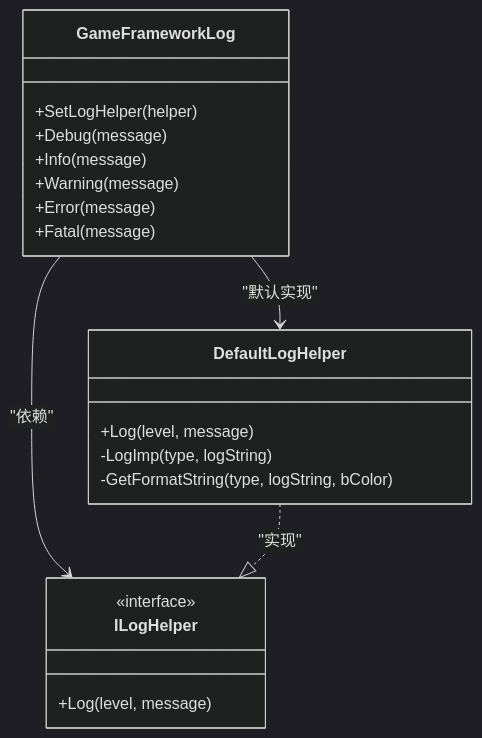
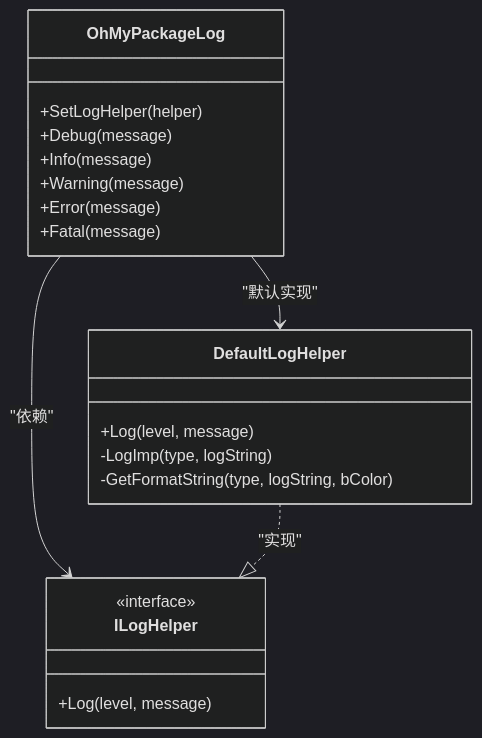
The second of 8 diagrams in repowiki/zh/content/性能优化/调试器工具/控制台日志系统.md (OxygenIsland/MyGame), drawn with Mermaid (dark theme) before and after one commit. The commit also changed other lines of this file and 34 other files, not shown here.

````diff
--- a/repowiki/zh/content/性能优化/调试器工具/控制台日志系统.md
+++ b/repowiki/zh/content/性能优化/调试器工具/控制台日志系统.md
@@ -84,23 +84,23 @@
 ```mermaid
 classDiagram
-class GameFrameworkLog {
+class OhMyPackageLog {
 +SetLogHelper(helper)
 +Debug(message)
 +Info(message)
 +Warning(message)
 +Error(message)
 +Fatal(message)
 }
 class ILogHelper {
 <<interface>>
 +Log(level, message)
 }
 class DefaultLogHelper {
 +Log(level, message)
 -LogImp(type, logString)
 -GetFormatString(type, logString, bColor)
 }
-GameFrameworkLog --> ILogHelper : "依赖"
+OhMyPackageLog --> ILogHelper : "依赖"
 DefaultLogHelper ..|> ILogHelper : "实现"
-GameFrameworkLog --> DefaultLogHelper : "默认实现"
+OhMyPackageLog --> DefaultLogHelper : "默认实现"
 ```
````
